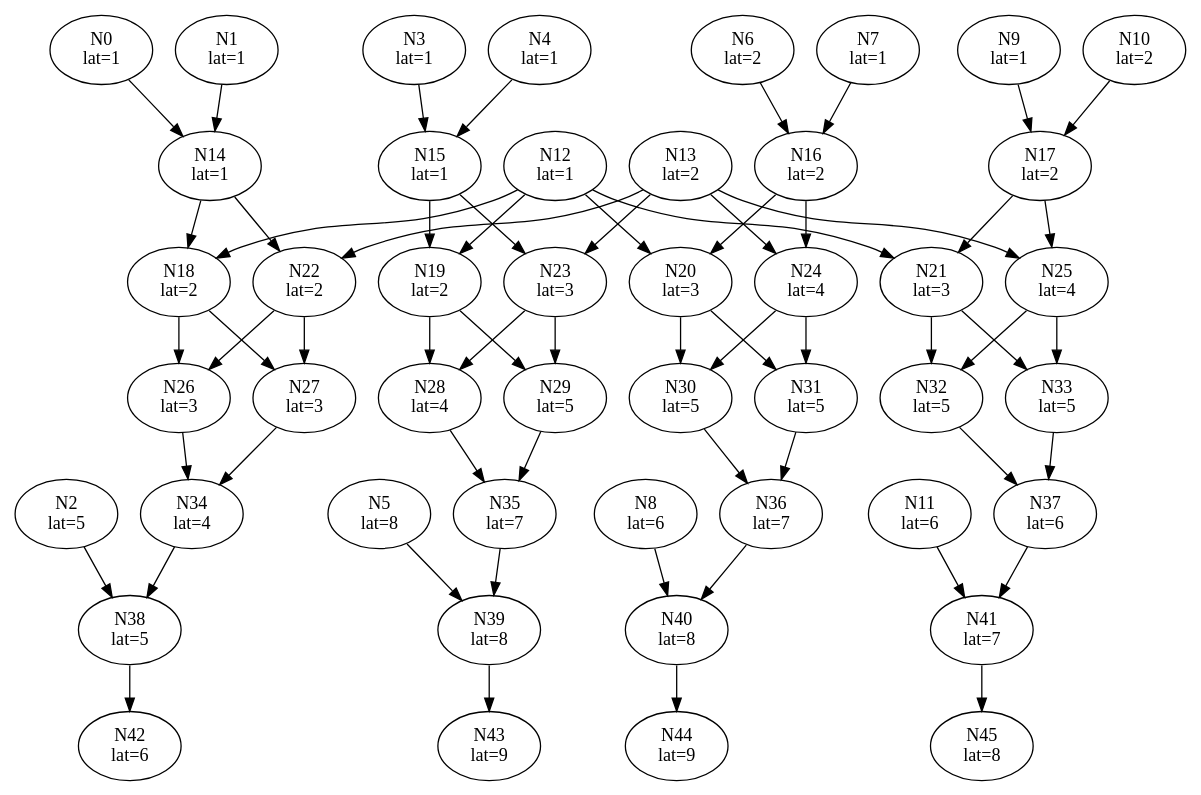
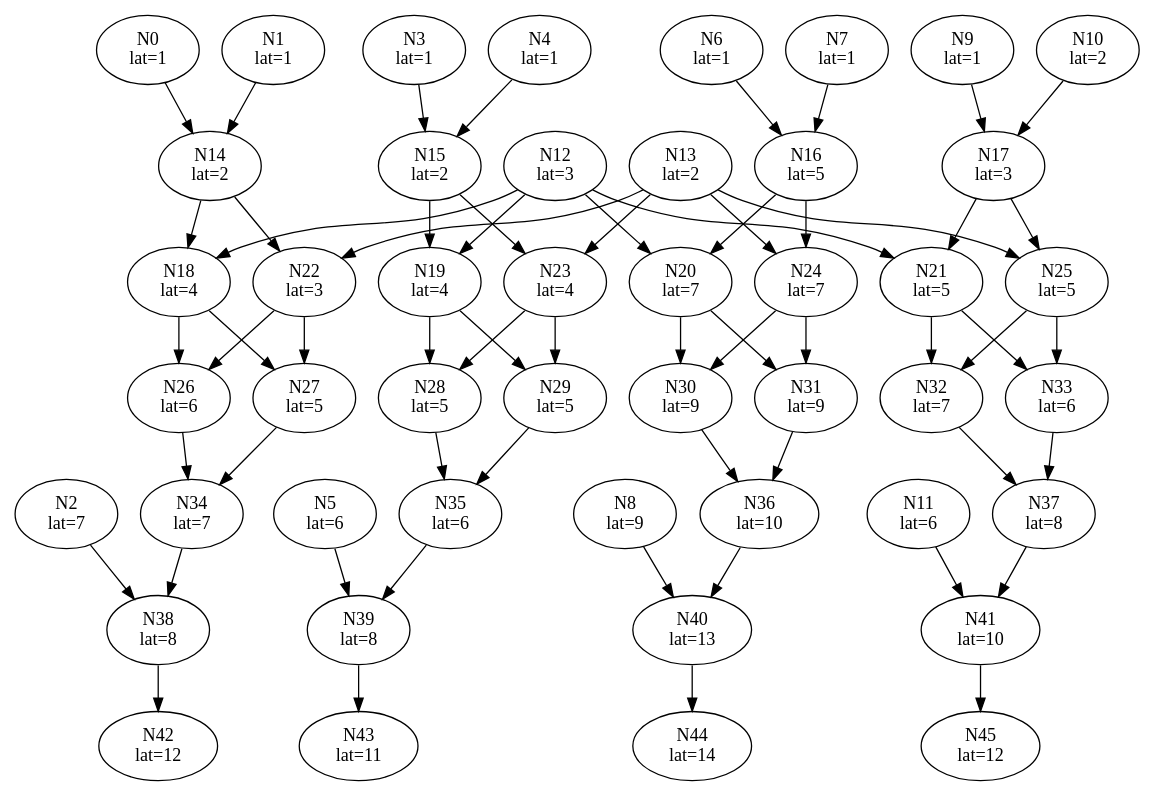
The diagram in benchmarks/centro-fir/mapped_dfg.dot (Dai-dirk/UPTRA), drawn with Graphviz before and after one commit. The commit also changed 26 other files, not shown here.

```diff
--- a/benchmarks/centro-fir/mapped_dfg.dot
+++ b/benchmarks/centro-fir/mapped_dfg.dot
@@ -1,108 +1,108 @@
 Digraph G {
 "N0"[label = "\N\nlat=1"];
 "N1"[label = "\N\nlat=1"];
-"N2"[label = "\N\nlat=5"];
+"N2"[label = "\N\nlat=7"];
 "N3"[label = "\N\nlat=1"];
 "N4"[label = "\N\nlat=1"];
-"N5"[label = "\N\nlat=8"];
-"N6"[label = "\N\nlat=2"];
+"N5"[label = "\N\nlat=6"];
+"N6"[label = "\N\nlat=1"];
 "N7"[label = "\N\nlat=1"];
-"N8"[label = "\N\nlat=6"];
+"N8"[label = "\N\nlat=9"];
 "N9"[label = "\N\nlat=1"];
 "N10"[label = "\N\nlat=2"];
 "N11"[label = "\N\nlat=6"];
-"N12"[label = "\N\nlat=1"];
+"N12"[label = "\N\nlat=3"];
 "N13"[label = "\N\nlat=2"];
-"N14"[label = "\N\nlat=1"];
+"N14"[label = "\N\nlat=2"];
 "N0"->"N14";
 "N1"->"N14";
-"N15"[label = "\N\nlat=1"];
+"N15"[label = "\N\nlat=2"];
 "N3"->"N15";
 "N4"->"N15";
-"N16"[label = "\N\nlat=2"];
+"N16"[label = "\N\nlat=5"];
 "N6"->"N16";
 "N7"->"N16";
-"N17"[label = "\N\nlat=2"];
+"N17"[label = "\N\nlat=3"];
 "N9"->"N17";
 "N10"->"N17";
-"N18"[label = "\N\nlat=2"];
+"N18"[label = "\N\nlat=4"];
 "N12"->"N18";
 "N14"->"N18";
-"N19"[label = "\N\nlat=2"];
+"N19"[label = "\N\nlat=4"];
 "N12"->"N19";
 "N15"->"N19";
-"N20"[label = "\N\nlat=3"];
+"N20"[label = "\N\nlat=7"];
 "N12"->"N20";
 "N16"->"N20";
-"N21"[label = "\N\nlat=3"];
+"N21"[label = "\N\nlat=5"];
 "N12"->"N21";
 "N17"->"N21";
-"N22"[label = "\N\nlat=2"];
+"N22"[label = "\N\nlat=3"];
 "N13"->"N22";
 "N14"->"N22";
-"N23"[label = "\N\nlat=3"];
+"N23"[label = "\N\nlat=4"];
 "N13"->"N23";
 "N15"->"N23";
-"N24"[label = "\N\nlat=4"];
+"N24"[label = "\N\nlat=7"];
 "N13"->"N24";
 "N16"->"N24";
-"N25"[label = "\N\nlat=4"];
+"N25"[label = "\N\nlat=5"];
 "N13"->"N25";
 "N17"->"N25";
-"N26"[label = "\N\nlat=3"];
+"N26"[label = "\N\nlat=6"];
 "N18"->"N26";
 "N22"->"N26";
-"N27"[label = "\N\nlat=3"];
+"N27"[label = "\N\nlat=5"];
 "N18"->"N27";
 "N22"->"N27";
-"N28"[label = "\N\nlat=4"];
+"N28"[label = "\N\nlat=5"];
 "N19"->"N28";
 "N23"->"N28";
 "N29"[label = "\N\nlat=5"];
 "N19"->"N29";
 "N23"->"N29";
-"N30"[label = "\N\nlat=5"];
+"N30"[label = "\N\nlat=9"];
 "N20"->"N30";
 "N24"->"N30";
-"N31"[label = "\N\nlat=5"];
+"N31"[label = "\N\nlat=9"];
 "N20"->"N31";
 "N24"->"N31";
-"N32"[label = "\N\nlat=5"];
+"N32"[label = "\N\nlat=7"];
 "N21"->"N32";
 "N25"->"N32";
-"N33"[label = "\N\nlat=5"];
+"N33"[label = "\N\nlat=6"];
 "N21"->"N33";
 "N25"->"N33";
-"N34"[label = "\N\nlat=4"];
+"N34"[label = "\N\nlat=7"];
 "N26"->"N34";
 "N27"->"N34";
-"N35"[label = "\N\nlat=7"];
+"N35"[label = "\N\nlat=6"];
 "N28"->"N35";
 "N29"->"N35";
-"N36"[label = "\N\nlat=7"];
+"N36"[label = "\N\nlat=10"];
 "N30"->"N36";
 "N31"->"N36";
-"N37"[label = "\N\nlat=6"];
+"N37"[label = "\N\nlat=8"];
 "N32"->"N37";
 "N33"->"N37";
-"N38"[label = "\N\nlat=5"];
+"N38"[label = "\N\nlat=8"];
 "N2"->"N38";
 "N34"->"N38";
 "N39"[label = "\N\nlat=8"];
 "N5"->"N39";
 "N35"->"N39";
-"N40"[label = "\N\nlat=8"];
+"N40"[label = "\N\nlat=13"];
 "N8"->"N40";
 "N36"->"N40";
-"N41"[label = "\N\nlat=7"];
+"N41"[label = "\N\nlat=10"];
 "N11"->"N41";
 "N37"->"N41";
-"N42"[label = "\N\nlat=6"];
+"N42"[label = "\N\nlat=12"];
 "N38"->"N42";
-"N43"[label = "\N\nlat=9"];
+"N43"[label = "\N\nlat=11"];
 "N39"->"N43";
-"N44"[label = "\N\nlat=9"];
+"N44"[label = "\N\nlat=14"];
 "N40"->"N44";
-"N45"[label = "\N\nlat=8"];
+"N45"[label = "\N\nlat=12"];
 "N41"->"N45";
 }
```
